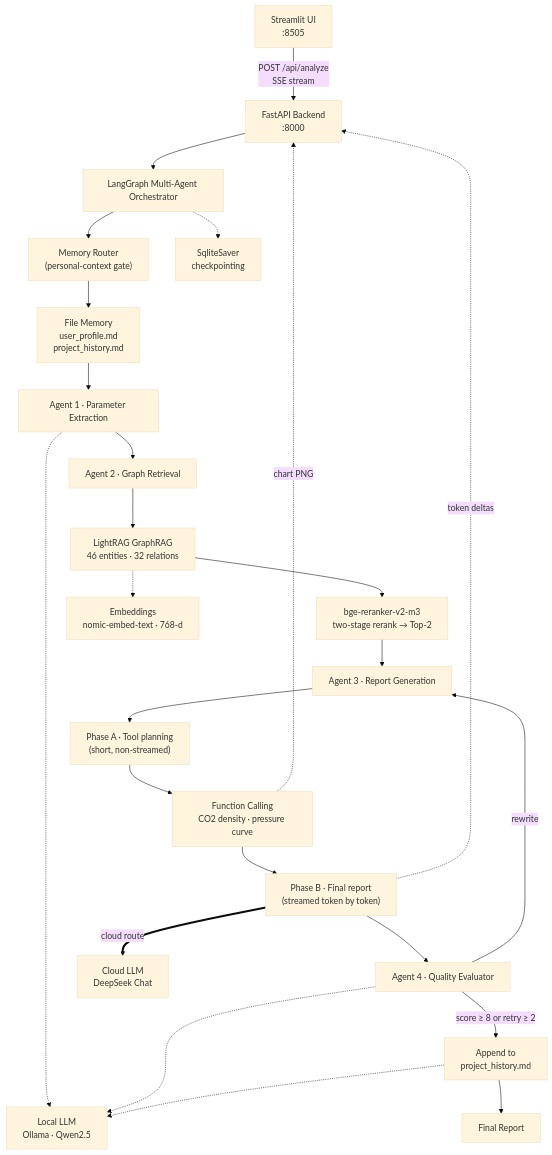
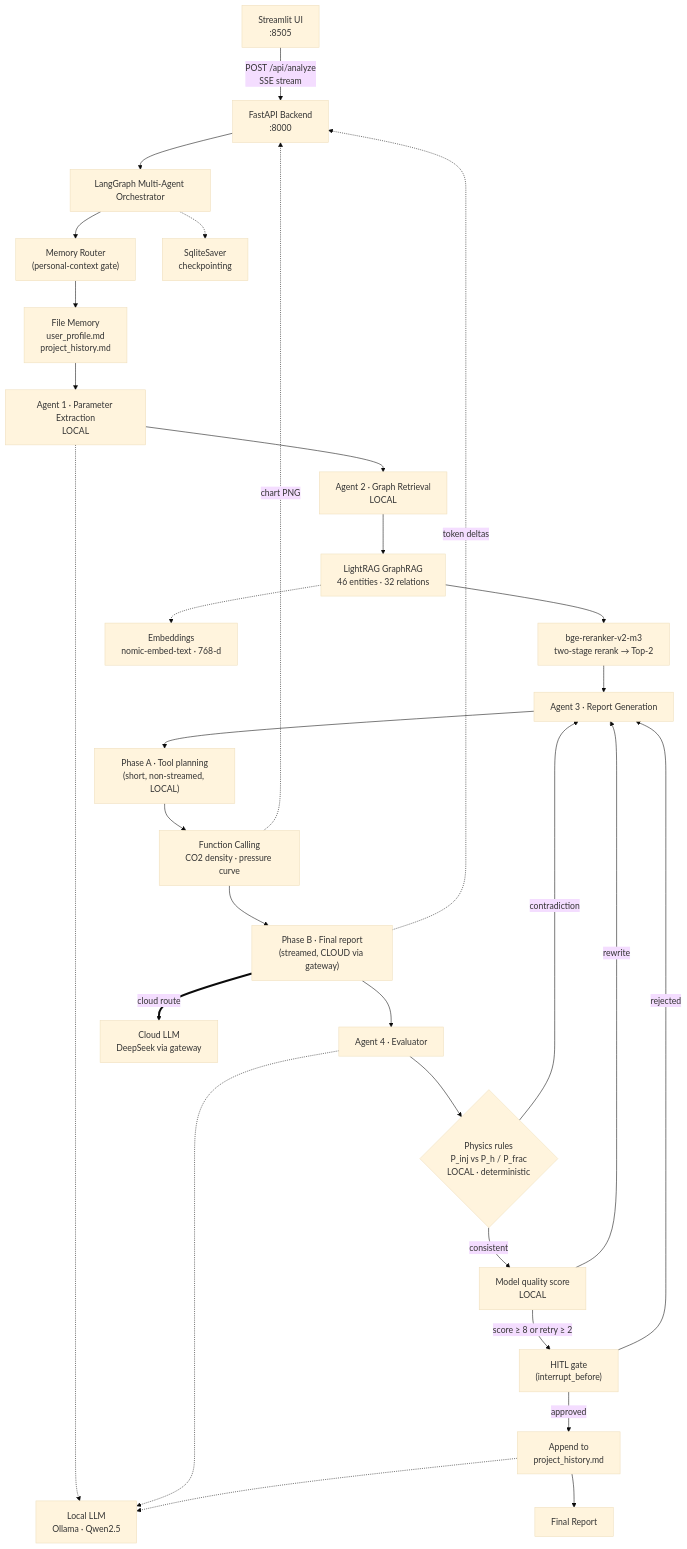
The diagram in README.md (qinruizhang001-hash/petro-rag-agent), drawn with Mermaid (base theme) before and after one commit. The commit also changed other lines of this file and 34 other files, not shown here.

First line of the commit message:
feat: production hardening — physics gate, HITL, observability, Docker

````diff
--- a/README.md
+++ b/README.md
@@ -58,32 +86,37 @@
 ```mermaid
 flowchart TD
     UI["Streamlit UI<br/>:8505"] -->|"POST /api/analyze<br/>SSE stream"| API["FastAPI Backend<br/>:8000"]
     API --> LG["LangGraph Multi-Agent Orchestrator"]
 
     LG --> MR["Memory Router<br/>(personal-context gate)"]
 
     MR --> FM["File Memory<br/>user_profile.md<br/>project_history.md"]
 
-    FM --> EX["Agent 1 · Parameter Extraction"]
-    EX --> RT["Agent 2 · Graph Retrieval"]
+    FM --> EX["Agent 1 · Parameter Extraction<br/>LOCAL"]
+    EX --> RT["Agent 2 · Graph Retrieval<br/>LOCAL"]
     RT --> LR["LightRAG GraphRAG<br/>46 entities · 32 relations"]
     LR --> RR["bge-reranker-v2-m3<br/>two-stage rerank → Top-2"]
     RR --> RP["Agent 3 · Report Generation"]
-    RP --> PLAN["Phase A · Tool planning<br/>(short, non-streamed)"]
+    RP --> PLAN["Phase A · Tool planning<br/>(short, non-streamed, LOCAL)"]
     PLAN --> FC["Function Calling<br/>CO2 density · pressure curve"]
-    FC --> RP2["Phase B · Final report<br/>(streamed token by token)"]
-    RP2 --> EV["Agent 4 · Quality Evaluator"]
-    EV -->|"score ≥ 8 or retry ≥ 2"| HM["Append to<br/>project_history.md"]
-    EV -->|"rewrite"| RP
+    FC --> RP2["Phase B · Final report<br/>(streamed, CLOUD via gateway)"]
+    RP2 --> EV["Agent 4 · Evaluator"]
+    EV --> PH{"Physics rules<br/>P_inj vs P_h / P_frac<br/>LOCAL · deterministic"}
+    PH -->|"contradiction"| RP
+    PH -->|"consistent"| SC["Model quality score<br/>LOCAL"]
+    SC -->|"score ≥ 8 or retry ≥ 2"| HG["HITL gate<br/>(interrupt_before)"]
+    SC -->|"rewrite"| RP
+    HG -->|"approved"| HM["Append to<br/>project_history.md"]
+    HG -->|"rejected"| RP
     HM --> OUT["Final Report"]
 
     EX -.-> LOCAL["Local LLM<br/>Ollama · Qwen2.5"]
     EV -.-> LOCAL
-    RP2 ==>|"cloud route"| CLOUD["Cloud LLM<br/>DeepSeek Chat"]
+    RP2 ==>|"cloud route"| CLOUD["Cloud LLM<br/>DeepSeek via gateway"]
     HM -.-> LOCAL
     LR -.-> EMB["Embeddings<br/>nomic-embed-text · 768-d"]
     LG -.-> CKPT["SqliteSaver<br/>checkpointing"]
 
     RP2 -.->|"token deltas"| API
     FC -.->|"chart PNG"| API
 ```
````
